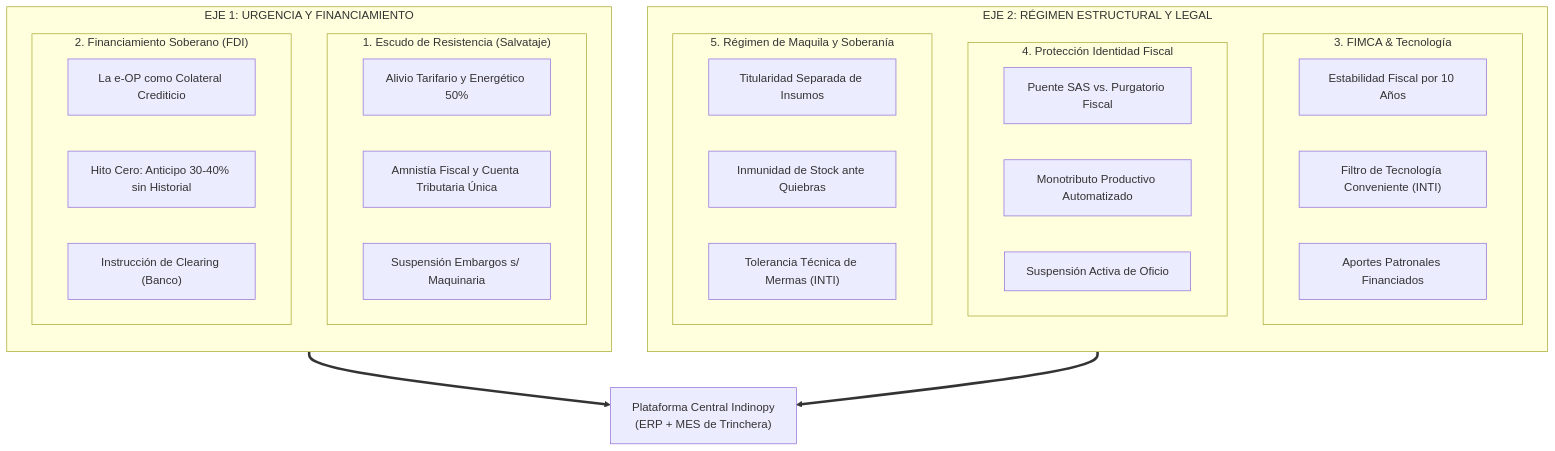
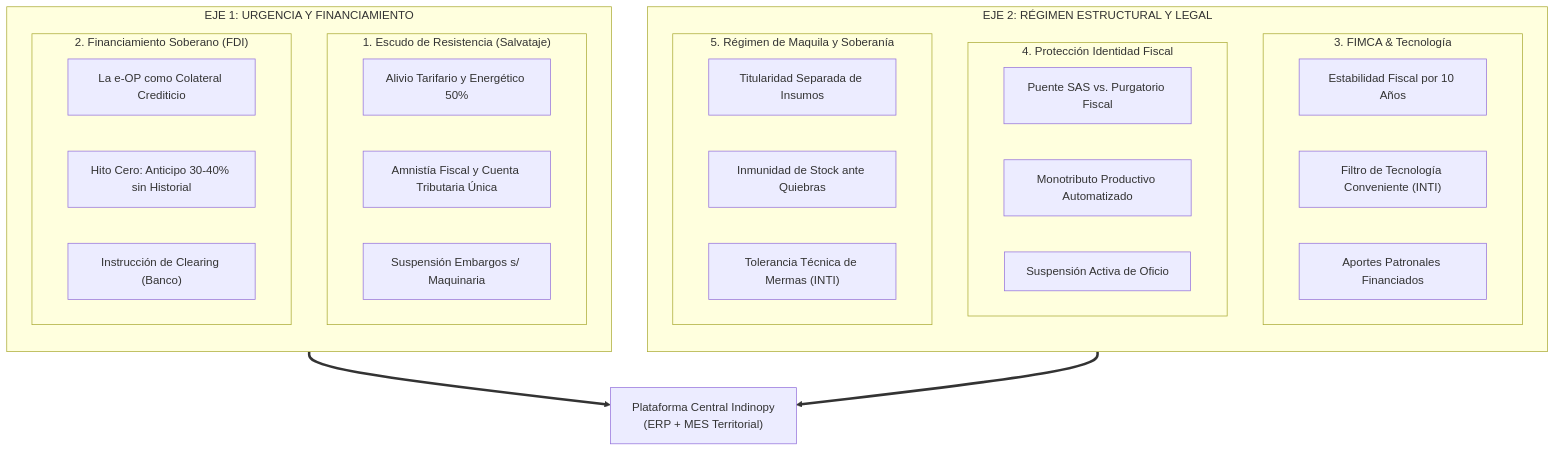
The first of 4 diagrams in docs/analisis_fimca_implementacion.md (sarthouse/indinopy), drawn with Mermaid before and after one commit. The commit also changed other lines of this file and 12 other files, not shown here.

````diff
--- a/docs/analisis_fimca_implementacion.md
+++ b/docs/analisis_fimca_implementacion.md
@@ -38,38 +38,38 @@
 ```mermaid
 flowchart TD
     subgraph BLOQUE_A["EJE 1: URGENCIA Y FINANCIAMIENTO"]
         direction TB
         subgraph P1["1. Escudo de Resistencia (Salvataje)"]
             A1["Alivio Tarifario y Energético 50%"]
             A2["Amnistía Fiscal y Cuenta Tributaria Única"]
             A3["Suspensión Embargos s/ Maquinaria"]
         end
         subgraph P2["2. Financiamiento Soberano (FDI)"]
             B1["La e-OP como Colateral Crediticio"]
             B2["Hito Cero: Anticipo 30-40% sin Historial"]
             B3["Instrucción de Clearing (Banco)"]
         end
     end
 
     subgraph BLOQUE_B["EJE 2: RÉGIMEN ESTRUCTURAL Y LEGAL"]
         direction TB
         subgraph P3["3. FIMCA & Tecnología"]
             C1["Estabilidad Fiscal por 10 Años"]
             C2["Filtro de Tecnología Conveniente (INTI)"]
             C3["Aportes Patronales Financiados"]
         end
         subgraph P4["4. Protección Identidad Fiscal"]
             D1["Puente SAS vs. Purgatorio Fiscal"]
             D2["Monotributo Productivo Automatizado"]
             D3["Suspensión Activa de Oficio"]
         end
         subgraph P5["5. Régimen de Maquila y Soberanía"]
             E1["Titularidad Separada de Insumos"]
             E2["Inmunidad de Stock ante Quiebras"]
             E3["Tolerancia Técnica de Mermas (INTI)"]
         end
     end
 
-    BLOQUE_A ==> INDINO["Plataforma Central Indinopy<br/>(ERP + MES de Trinchera)"]
+    BLOQUE_A ==> INDINO["Plataforma Central Indinopy<br/>(ERP + MES Territorial)"]
     BLOQUE_B ==> INDINO
 ```
````
